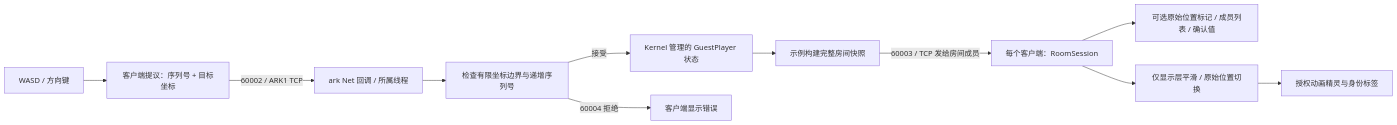
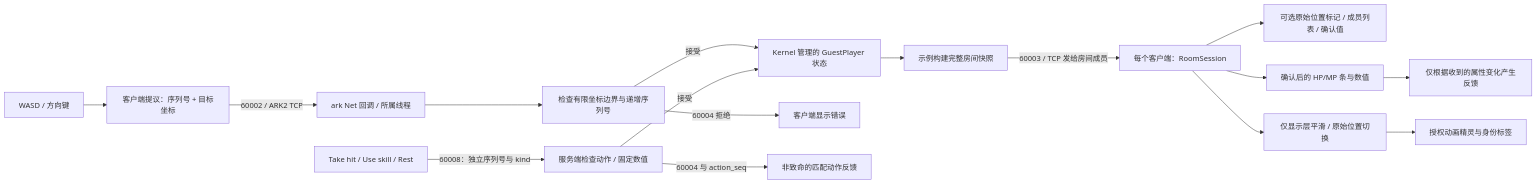
One commit to OpenArkStudio/ark-client-godot changed the diagram in docs/data-sync_CN.md. Above: the diagram before and after it, drawn with Mermaid. The commit also changed other lines of this file and 28 other files, not shown here.

````diff
--- a/docs/data-sync_CN.md
+++ b/docs/data-sync_CN.md
@@ -7,13 +7,18 @@
 ```mermaid
 flowchart LR
     Input[WASD / 方向键] --> Proposal[客户端提议：序列号 + 目标坐标]
-    Proposal -->|60002 / ARK1 TCP| Net[ark Net 回调 / 所属线程]
+    Proposal -->|60002 / ARK2 TCP| Net[ark Net 回调 / 所属线程]
     Net --> Check[检查有限坐标边界与递增序列号]
     Check -->|接受| Kernel[Kernel 管理的 GuestPlayer 状态]
     Check -->|60004 拒绝| Error[客户端显示错误]
+    Action[Take hit / Use skill / Rest] -->|60008：独立序列号与 kind| ActionCheck[服务端检查动作 / 固定数值]
+    ActionCheck -->|接受| Kernel
+    ActionCheck -->|60004 与 action_seq| Rejection[非致命的匹配动作反馈]
     Kernel --> Snapshot[示例构建完整房间快照]
     Snapshot -->|60003 / TCP 发给房间成员| Room[每个客户端：RoomSession]
     Room --> Raw[可选原始位置标记 / 成员列表 / 确认值]
+    Room --> Stats[确认后的 HP/MP 条与数值]
+    Stats --> Delta[仅根据收到的属性变化产生反馈]
     Room --> Display[仅显示层平滑 / 原始位置切换]
     Display --> Avatar[授权动画精灵与身份标签]
 ```
````
